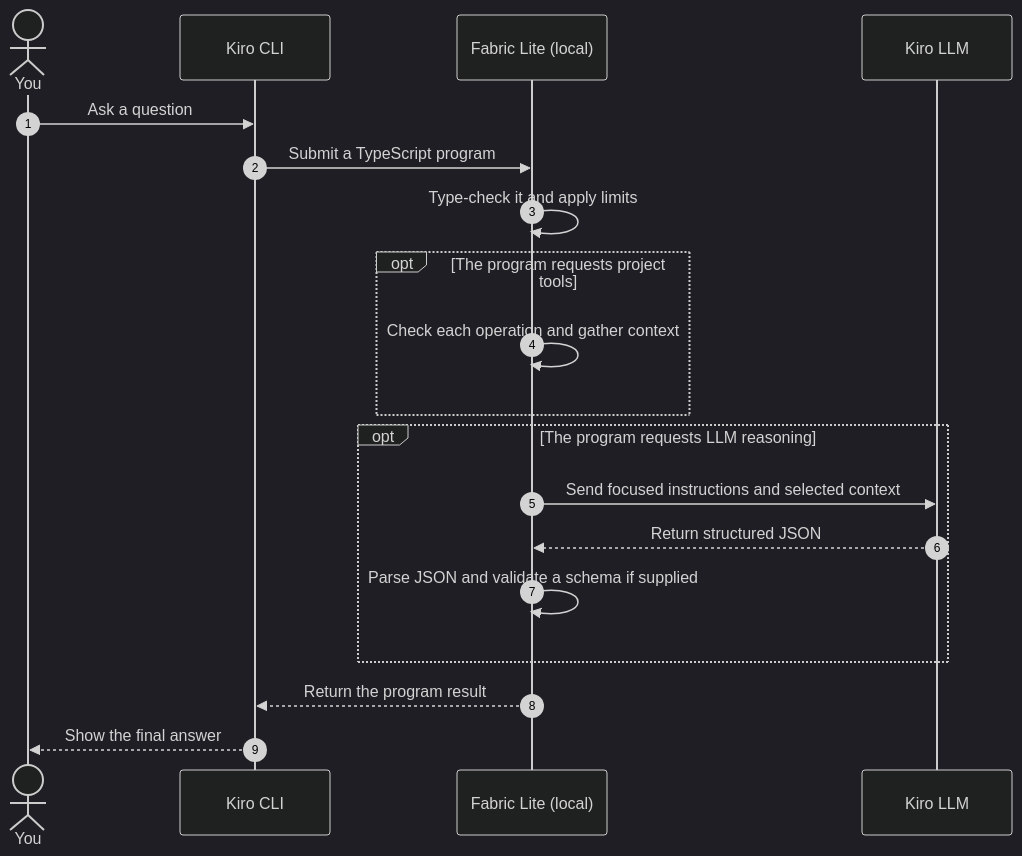
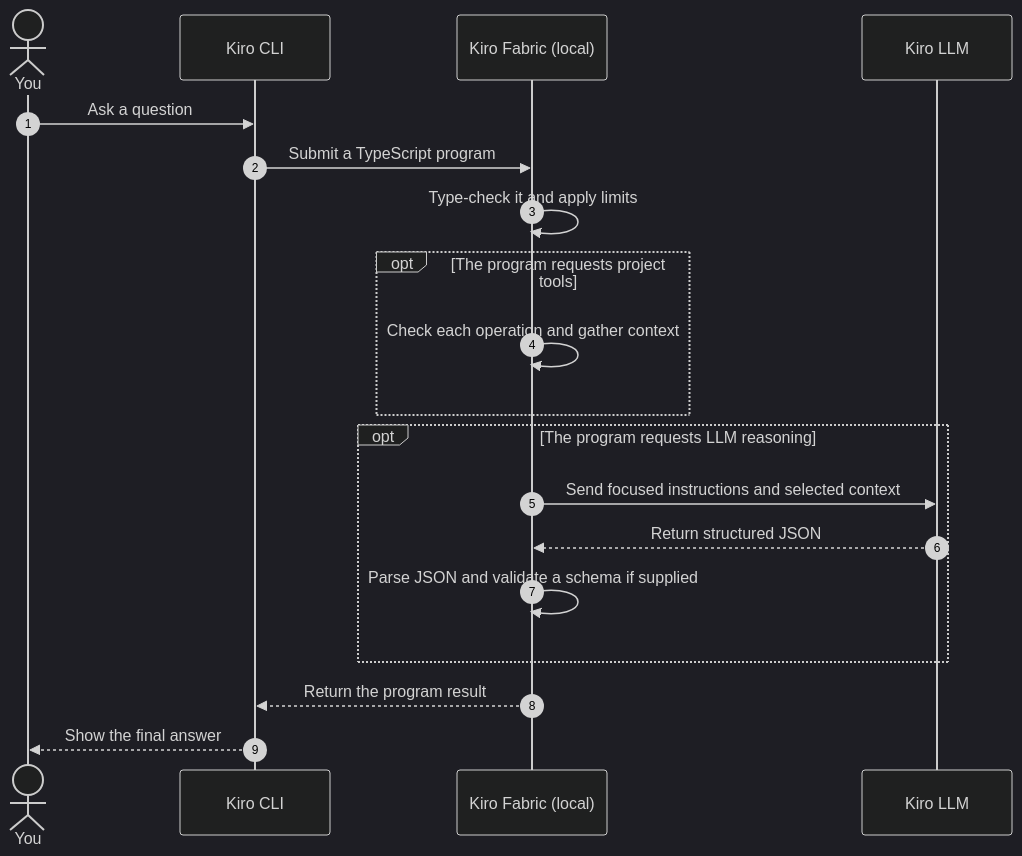
The diagram in README.md (asx8678/kiro-fabric), drawn with Mermaid (dark theme) before and after one commit. The commit also changed other lines of this file and 10 other files, not shown here.

````diff
--- a/README.md
+++ b/README.md
@@ -83,25 +83,25 @@
 ```mermaid
 sequenceDiagram
     autonumber
     actor You
     participant Kiro as Kiro CLI
-    participant Fabric as Fabric Lite (local)
+    participant Fabric as Kiro Fabric (local)
     participant LLM as Kiro LLM
 
     You->>Kiro: Ask a question
     Kiro->>Fabric: Submit a TypeScript program
     Fabric->>Fabric: Type-check it and apply limits
 
     opt The program requests project tools
         Fabric->>Fabric: Check each operation and gather context
     end
 
     opt The program requests LLM reasoning
         Fabric->>LLM: Send focused instructions and selected context
         LLM-->>Fabric: Return structured JSON
         Fabric->>Fabric: Parse JSON and validate a schema if supplied
     end
 
     Fabric-->>Kiro: Return the program result
     Kiro-->>You: Show the final answer
 ```
````
